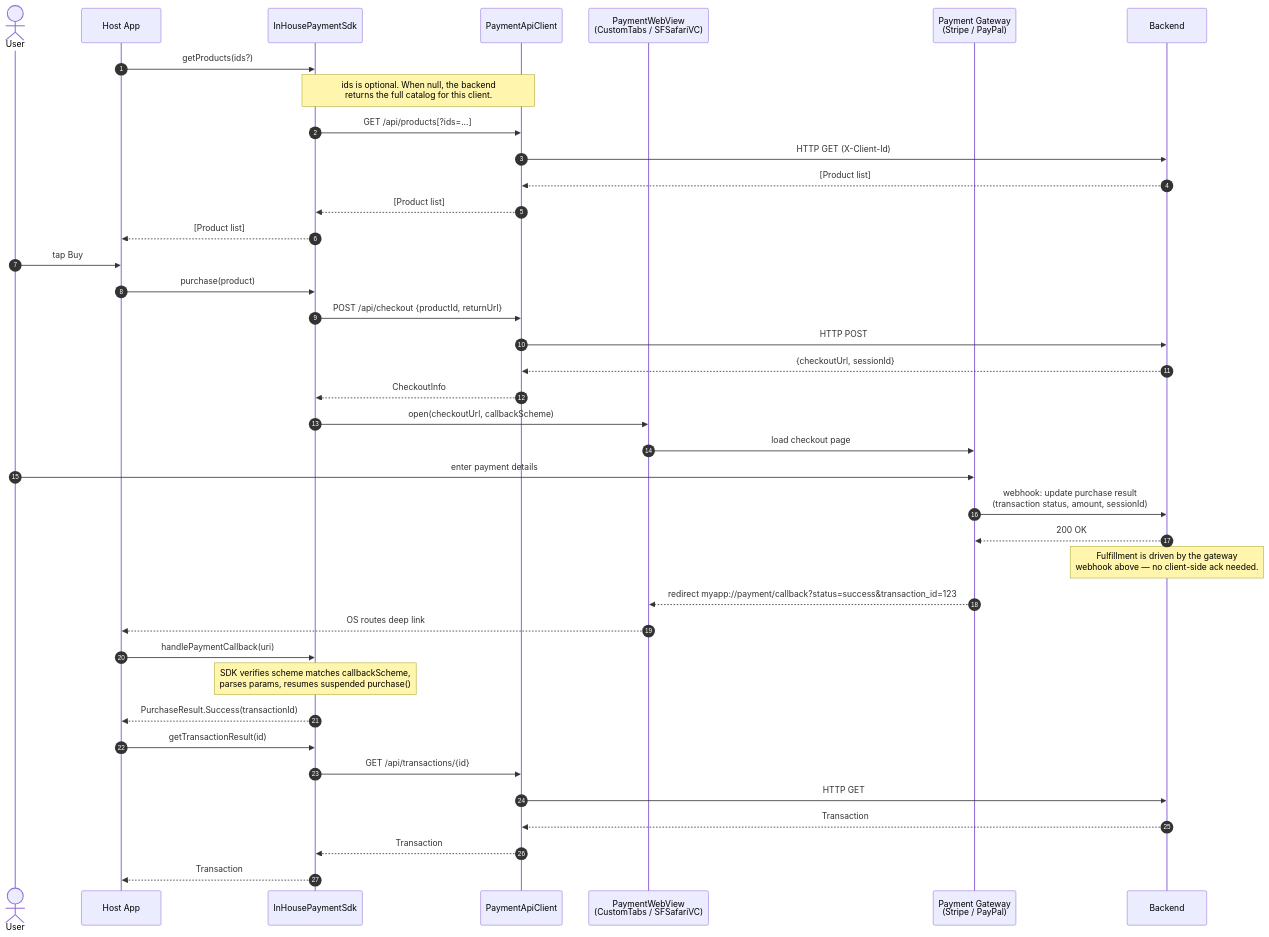
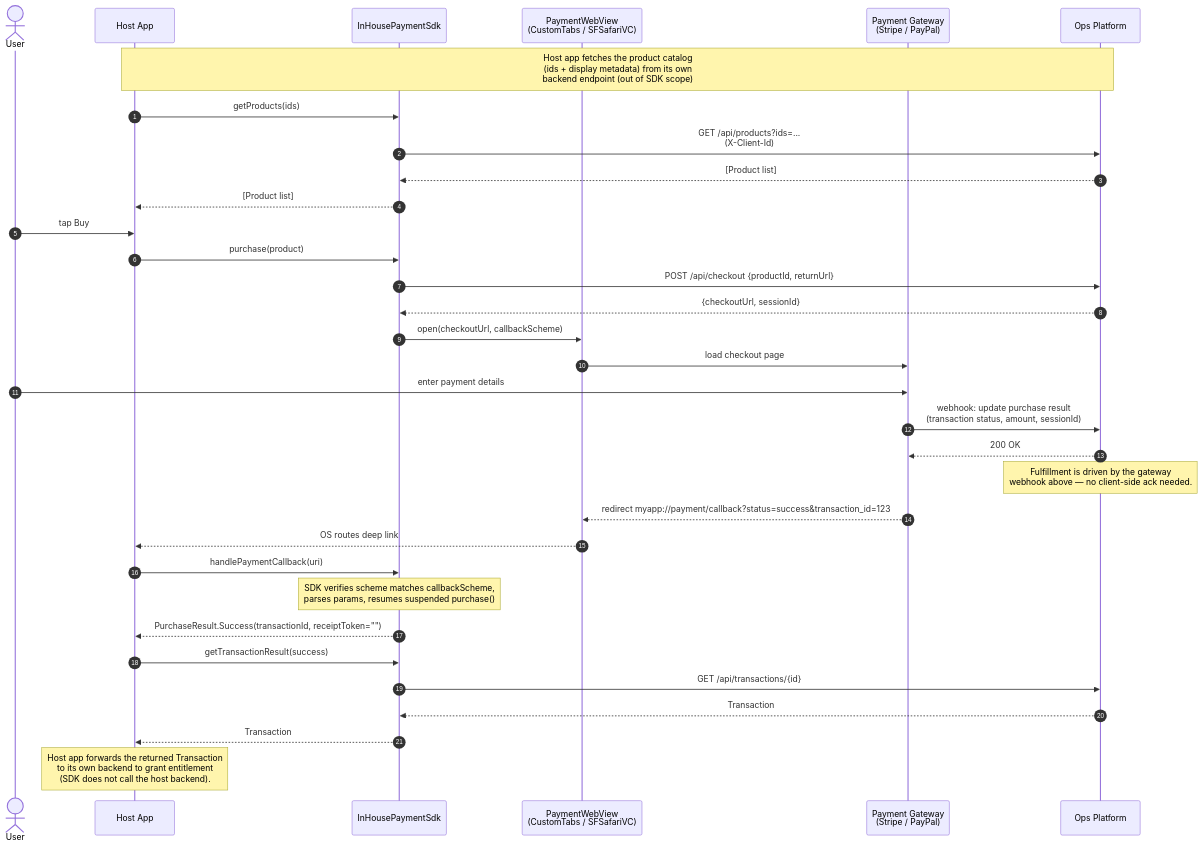
One commit to KhangTranUney/SharedPaymentSdk changed the first of 2 diagrams in README.md. Above: the diagram before and after it, drawn with Mermaid. The commit also changed other lines of this file and 15 other files, not shown here.

````diff
--- a/README.md
+++ b/README.md
@@ -144,44 +155,38 @@
 ```mermaid
 sequenceDiagram
     autonumber
     actor User
     participant App as Host App
     participant SDK as InHousePaymentSdk
-    participant API as PaymentApiClient
     participant Web as PaymentWebView<br/>(CustomTabs / SFSafariVC)
     participant GW as Payment Gateway<br/>(Stripe / PayPal)
-    participant BE as Backend
+    participant Ops as Ops Platform
 
-    App->>SDK: getProducts(ids?)
-    Note over SDK,API: ids is optional. When null, the backend<br/>returns the full catalog for this client.
-    SDK->>API: GET /api/products[?ids=...]
-    API->>BE: HTTP GET (X-Client-Id)
-    BE-->>API: [Product list]
-    API-->>SDK: [Product list]
+    Note over App,Ops: Host app fetches the product catalog<br/>(ids + display metadata) from its own<br/>backend endpoint (out of SDK scope)
+    App->>SDK: getProducts(ids)
+    SDK->>Ops: GET /api/products?ids=...<br/>(X-Client-Id)
+    Ops-->>SDK: [Product list]
     SDK-->>App: [Product list]
 
     User->>App: tap Buy
     App->>SDK: purchase(product)
-    SDK->>API: POST /api/checkout {productId, returnUrl}
-    API->>BE: HTTP POST
-    BE-->>API: {checkoutUrl, sessionId}
-    API-->>SDK: CheckoutInfo
+    SDK->>Ops: POST /api/checkout {productId, returnUrl}
+    Ops-->>SDK: {checkoutUrl, sessionId}
     SDK->>Web: open(checkoutUrl, callbackScheme)
     Web->>GW: load checkout page
     User->>GW: enter payment details
-    GW->>BE: webhook: update purchase result<br/>(transaction status, amount, sessionId)
-    BE-->>GW: 200 OK
-    Note over BE: Fulfillment is driven by the gateway<br/>webhook above — no client-side ack needed.
+    GW->>Ops: webhook: update purchase result<br/>(transaction status, amount, sessionId)
+    Ops-->>GW: 200 OK
+    Note over Ops: Fulfillment is driven by the gateway<br/>webhook above — no client-side ack needed.
     GW-->>Web: redirect myapp://payment/callback?status=success&transaction_id=123
     Web-->>App: OS routes deep link
     App->>SDK: handlePaymentCallback(uri)
     Note over SDK: SDK verifies scheme matches callbackScheme,<br/>parses params, resumes suspended purchase()
-    SDK-->>App: PurchaseResult.Success(transactionId)
+    SDK-->>App: PurchaseResult.Success(transactionId, receiptToken="")
 
-    App->>SDK: getTransactionResult(id)
-    SDK->>API: GET /api/transactions/{id}
-    API->>BE: HTTP GET
-    BE-->>API: Transaction
-    API-->>SDK: Transaction
+    App->>SDK: getTransactionResult(success)
+    SDK->>Ops: GET /api/transactions/{id}
+    Ops-->>SDK: Transaction
     SDK-->>App: Transaction
+    Note over App: Host app forwards the returned Transaction<br/>to its own backend to grant entitlement<br/>(SDK does not call the host backend).
 ```
````
